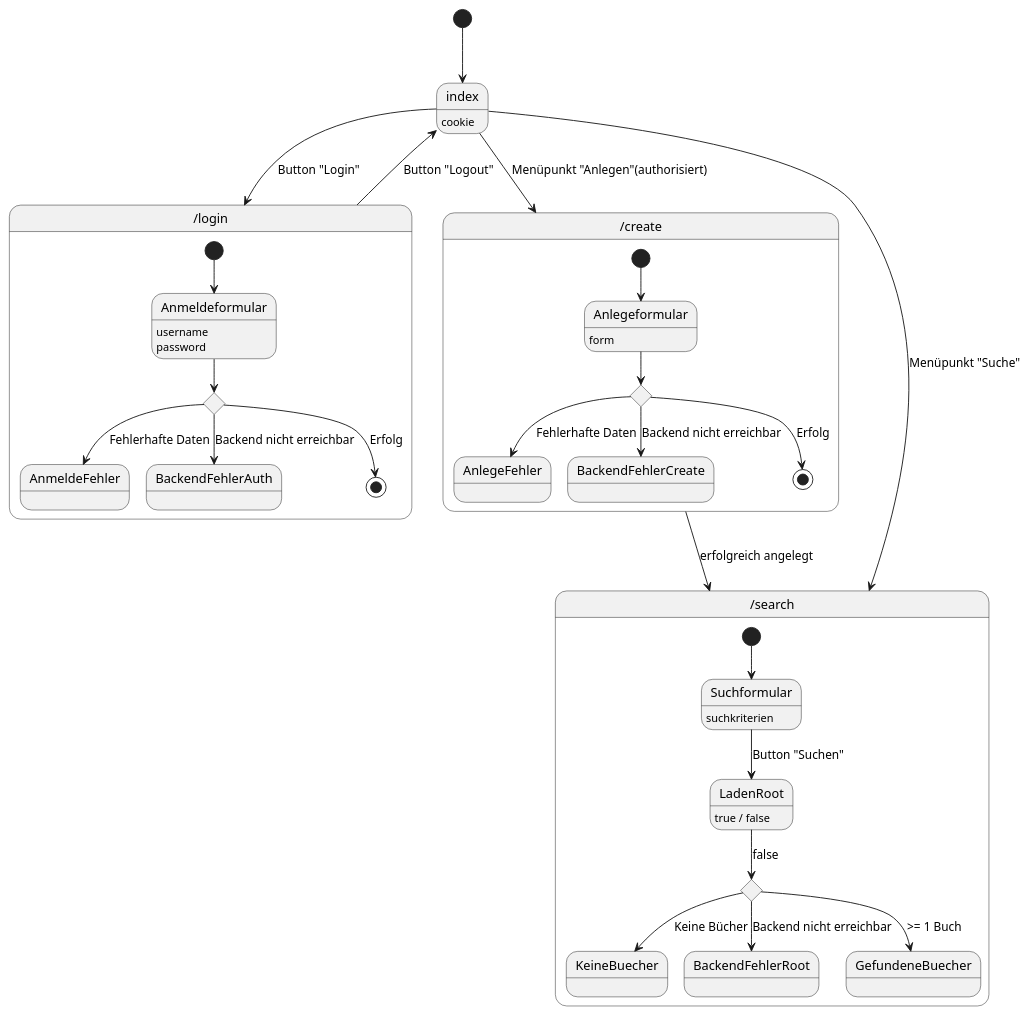
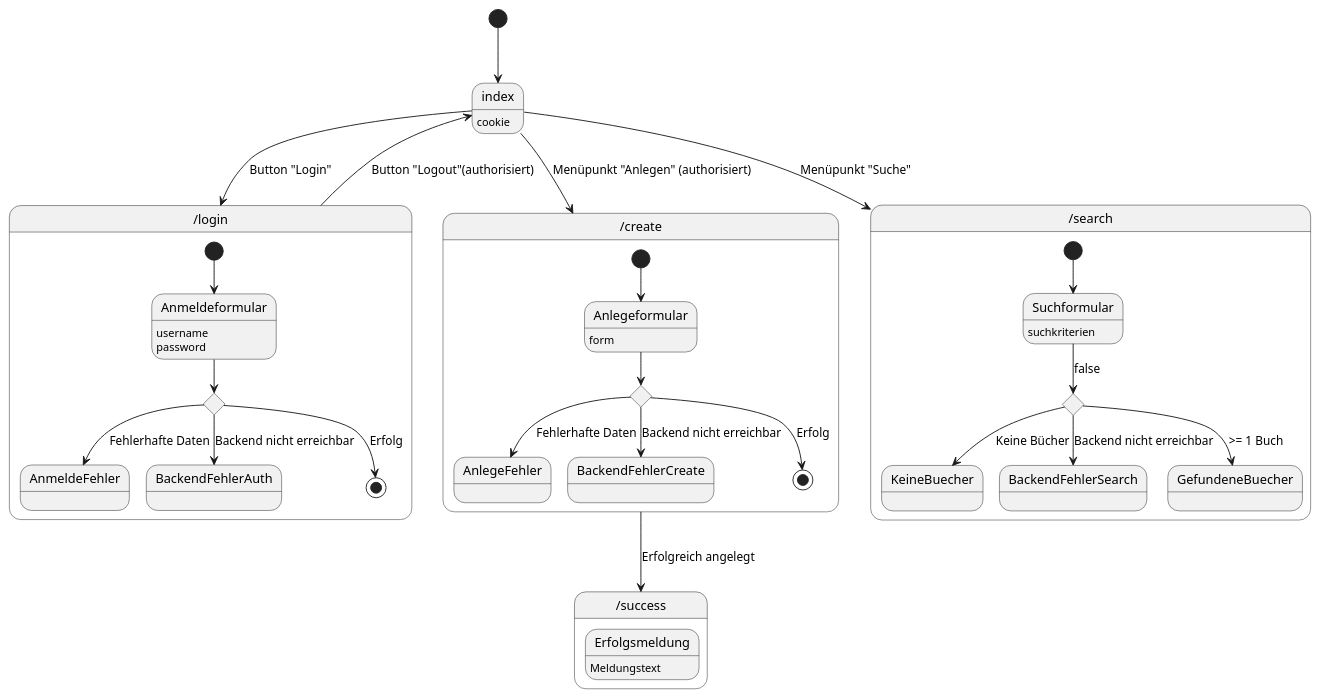
The diagram in extras/entwicklerhandbuch/zustandsdiagramm.plantuml (melu1025/Buch_remix), drawn with PlantUML before and after one commit.

Commit message:
feature : update UML diagram

```diff
--- a/extras/entwicklerhandbuch/zustandsdiagramm.plantuml
+++ b/extras/entwicklerhandbuch/zustandsdiagramm.plantuml
@@ -1,56 +1,58 @@
 @startuml Zustandsdiagramm
 
 [*] --> index
 index: cookie
 
 state "/login" as auth {
     Anmeldeformular: username
     Anmeldeformular: password
     state Anmeldergebnis <<choice>>
 
     [*] --> Anmeldeformular
     Anmeldeformular --> Anmeldergebnis
     Anmeldergebnis --> AnmeldeFehler: Fehlerhafte Daten
     Anmeldergebnis --> BackendFehlerAuth: Backend nicht erreichbar
     Anmeldergebnis --> [*]: Erfolg
 }
 
 state "/create" as create {
+
+    state Anlegeergebnis <<choice>>
     Anlegeformular: form
-    state Anmeldeergebnis <<choice>>
+    [*] --> Anlegeformular
 
-    [*] --> Anlegeformular
-    Anlegeformular --> Anmeldeergebnis
-    Anmeldeergebnis --> AnlegeFehler: Fehlerhafte Daten
-    Anmeldeergebnis --> BackendFehlerCreate: Backend nicht erreichbar
-    Anmeldeergebnis --> [*]: Erfolg
+
+    state Anlegeergebnis <<choice>>
+
+    Anlegeformular --> Anlegeergebnis
+    Anlegeergebnis --> AnlegeFehler :Fehlerhafte Daten
+    Anlegeergebnis --> BackendFehlerCreate: Backend nicht erreichbar
+    Anlegeergebnis --> [*]: Erfolg
+
 }
+
 state "/search" as search {
-
     state Suchergebnis <<choice>>
 
     [*] --> Suchformular
-     Suchformular: suchkriterien
-        LadenRoot: true / false
-        state Suchergebnis <<choice>>
+    Suchformular: suchkriterien
+    state Suchergebnis <<choice>>
 
+    Suchformular --> Suchergebnis: false
+    Suchergebnis --> KeineBuecher: Keine Bücher
+    Suchergebnis --> BackendFehlerSearch: Backend nicht erreichbar
+    Suchergebnis --> GefundeneBuecher: >= 1 Buch
+}
 
-        Suchformular --> LadenRoot: Button "Suchen"
-        LadenRoot --> Suchergebnis: false
-        Suchergebnis --> KeineBuecher: Keine Bücher
-        Suchergebnis --> BackendFehlerRoot: Backend nicht erreichbar
-        Suchergebnis --> GefundeneBuecher: >= 1 Buch
-
+state "/success" as success {
+    Erfolgsmeldung: Meldungstext
 }
 
 
 
 index --> auth: Button "Login"
-auth --> index : Button "Logout"
-index --> create: Menüpunkt "Anlegen"(authorisiert)
+auth --> index : Button "Logout"(authorisiert)
+index --> create: Menüpunkt "Anlegen" (authorisiert)
 index --> search: Menüpunkt "Suche"
-create --> search: erfolgreich angelegt
-
-
-
+create --> success : Erfolgreich angelegt
 @enduml
```
